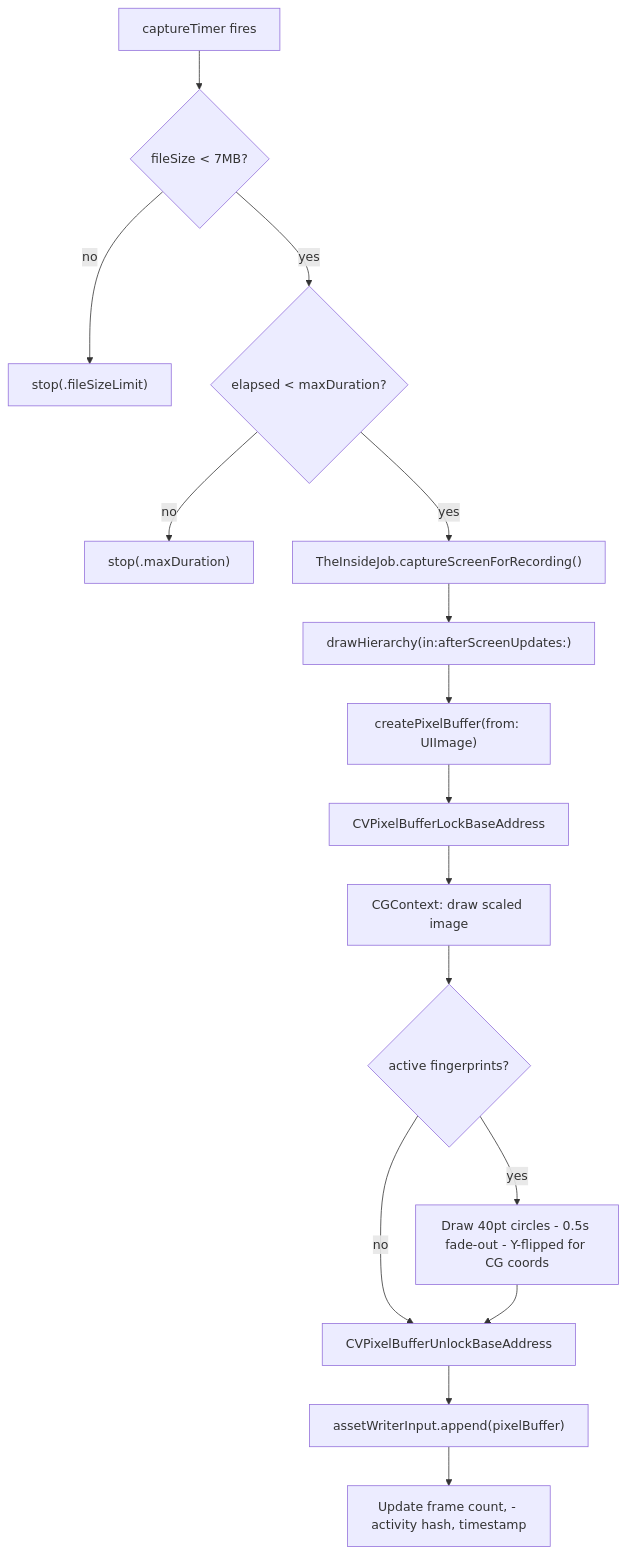
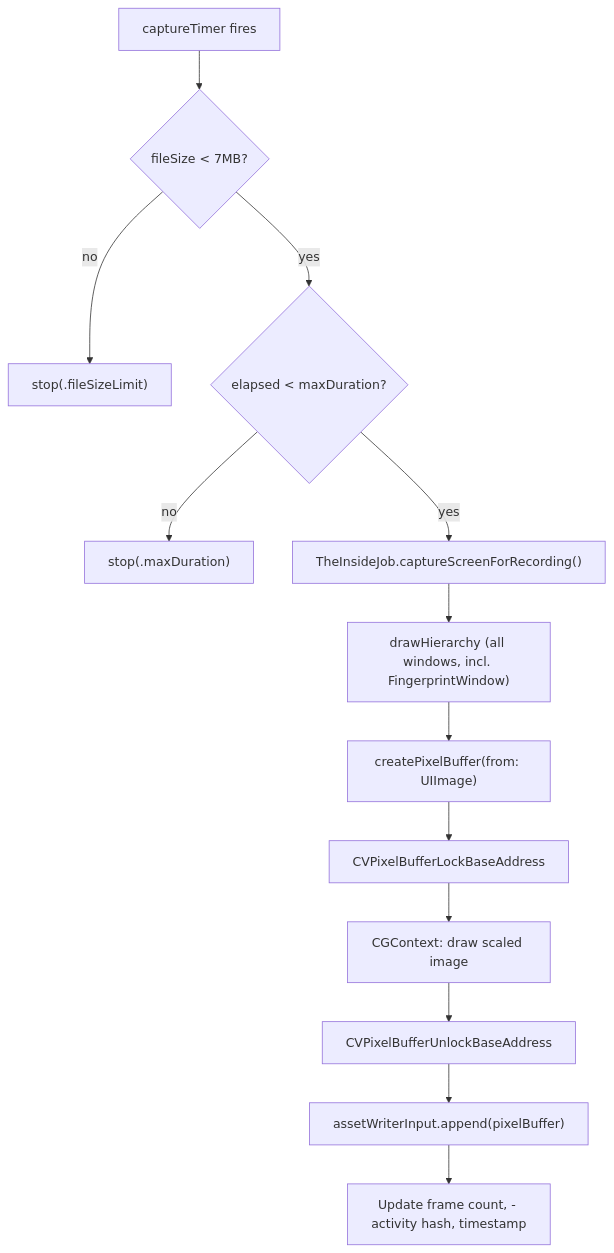
Before and after one commit to RoyalPineapple/TheButtonHeist: the third of 4 diagrams in docs/dossiers/05-THESTAKEOUT.md, drawn with Mermaid. The commit also changed other lines of this file and 5 other files, not shown here.

````diff
--- a/docs/dossiers/05-THESTAKEOUT.md
+++ b/docs/dossiers/05-THESTAKEOUT.md
@@ -65,21 +60,18 @@
 ```mermaid
 flowchart TD
     Timer["captureTimer fires"] --> SizeGuard{"fileSize < 7MB?"}
     SizeGuard -->|no| StopSize["stop(.fileSizeLimit)"]
     SizeGuard -->|yes| DurGuard{"elapsed < maxDuration?"}
     DurGuard -->|no| StopDur["stop(.maxDuration)"]
     DurGuard -->|yes| CaptureFrame["TheInsideJob.captureScreenForRecording()"]
 
-    CaptureFrame --> DrawHierarchy["drawHierarchy(in:afterScreenUpdates:)"]
+    CaptureFrame --> DrawHierarchy["drawHierarchy (all windows, incl. FingerprintWindow)"]
     DrawHierarchy --> CreatePB["createPixelBuffer(from: UIImage)"]
 
     CreatePB --> LockPB["CVPixelBufferLockBaseAddress"]
     LockPB --> DrawImage["CGContext: draw scaled image"]
-    DrawImage --> DrawFP{"active fingerprints?"}
-    DrawFP -->|yes| CompositeCircles["Draw 40pt circles - 0.5s fade-out - Y-flipped for CG coords"]
-    DrawFP -->|no| UnlockPB["CVPixelBufferUnlockBaseAddress"]
-    CompositeCircles --> UnlockPB
+    DrawImage --> UnlockPB["CVPixelBufferUnlockBaseAddress"]
 
     UnlockPB --> AppendPB["assetWriterInput.append(pixelBuffer)"]
     AppendPB --> UpdateMeta["Update frame count, - activity hash, timestamp"]
 ```
````
